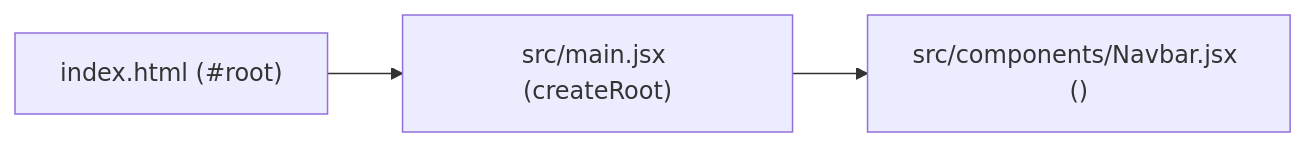
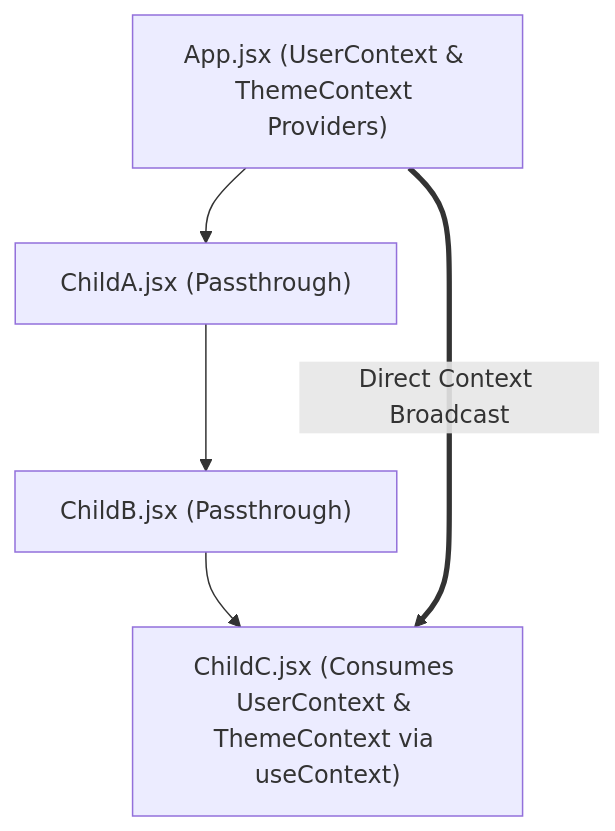
The second of 2 diagrams in notes.md (spant671-ux/React2), drawn with Mermaid before and after one commit. The commit also changed other lines of this file and 22 other files, not shown here.

````diff
--- a/notes.md
+++ b/notes.md
@@ -12,5 +541,12 @@
 ```mermaid
-graph LR
-    A["index.html (#root)"] --> B["src/main.jsx (createRoot)"]
-    B --> C["src/components/Navbar.jsx (<Navbar />)"]
+graph TD
+    App["App.jsx (UserContext & ThemeContext Providers)"]
+    ChildA["ChildA.jsx (Passthrough)"]
+    ChildB["ChildB.jsx (Passthrough)"]
+    ChildC["ChildC.jsx (Consumes UserContext & ThemeContext via useContext)"]
+
+    App --> ChildA
+    ChildA --> ChildB
+    ChildB --> ChildC
+    App == Direct Context Broadcast ==> ChildC
 ```
````
